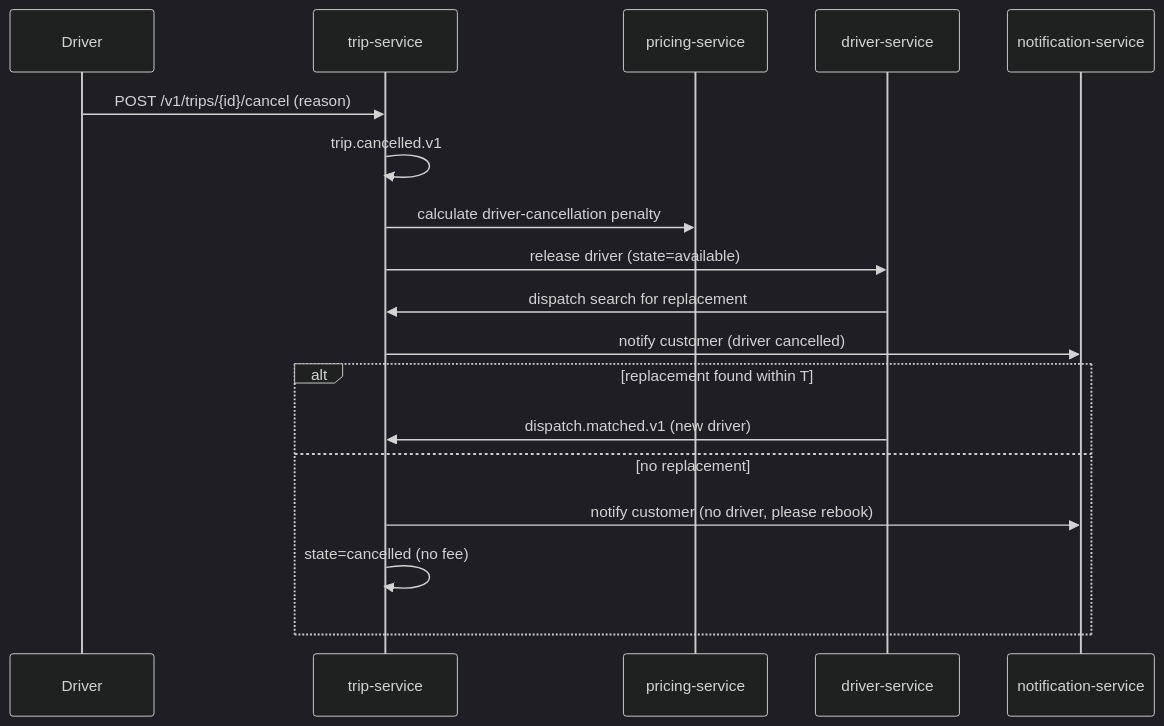
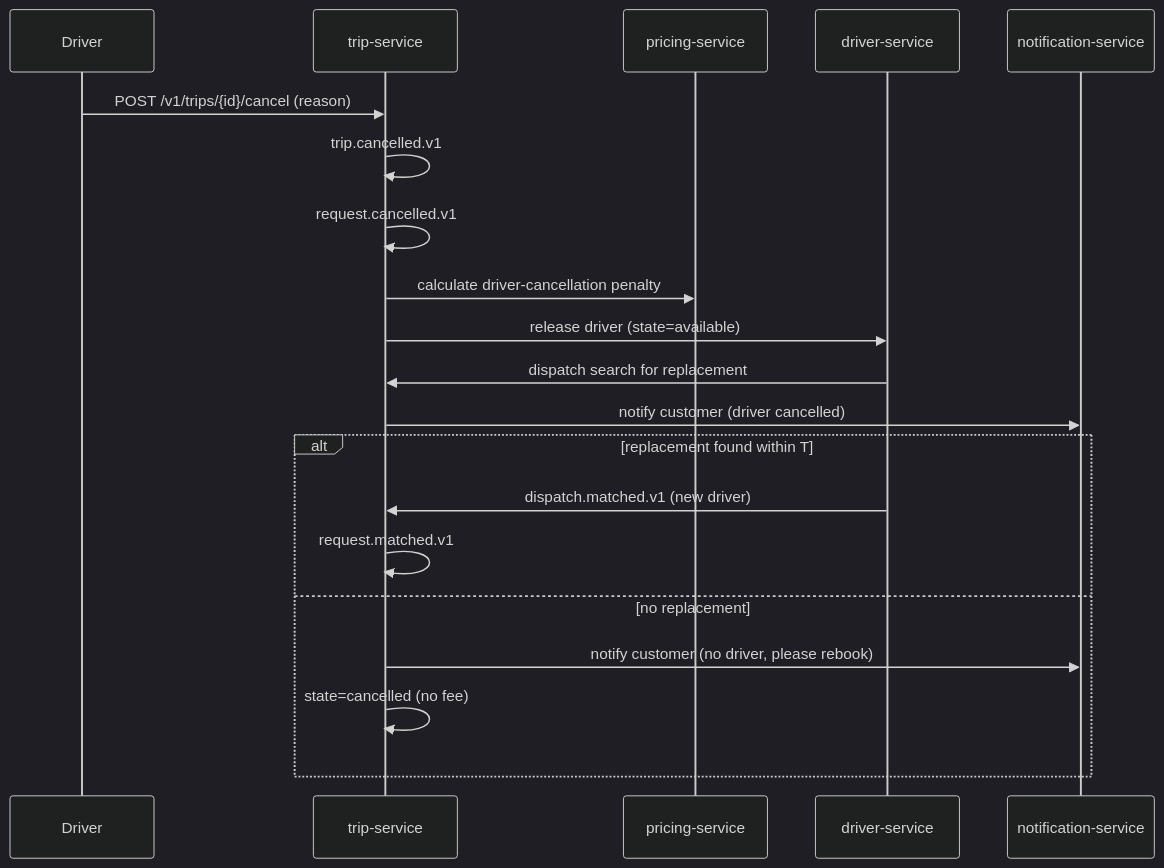
The tenth of 15 diagrams in docs/workflows/RIDE_WORKFLOWS.md (mohamedhabibwork/trips-enjoy-docs), drawn with Mermaid (dark theme) before and after one commit. The commit also changed other lines of this file and 201 other files, not shown here.

````diff
--- a/docs/workflows/RIDE_WORKFLOWS.md
+++ b/docs/workflows/RIDE_WORKFLOWS.md
@@ -233,21 +262,23 @@
 ```mermaid
 sequenceDiagram
     participant DR as Driver
     participant TR as trip-service
     participant PRC as pricing-service
     participant DRV as driver-service
     participant NOT as notification-service
 
     DR->>TR: POST /v1/trips/{id}/cancel (reason)
     TR->>TR: trip.cancelled.v1
+    TR->>TR: request.cancelled.v1
     TR->>PRC: calculate driver-cancellation penalty
     TR->>DRV: release driver (state=available)
     DRV->>TR: dispatch search for replacement
     TR->>NOT: notify customer (driver cancelled)
     alt replacement found within T
         DRV->>TR: dispatch.matched.v1 (new driver)
+        TR->>TR: request.matched.v1
     else no replacement
         TR->>NOT: notify customer (no driver, please rebook)
         TR->>TR: state=cancelled (no fee)
     end
 ```
````
